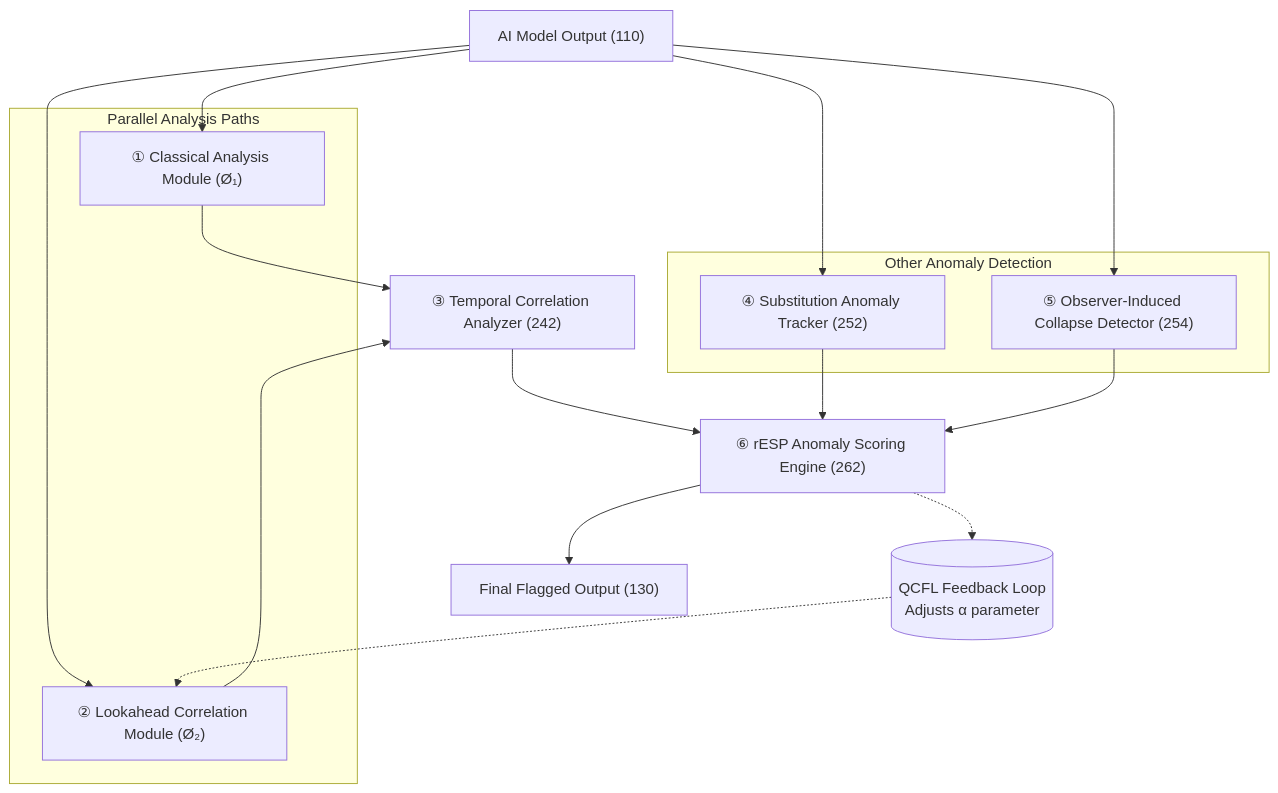
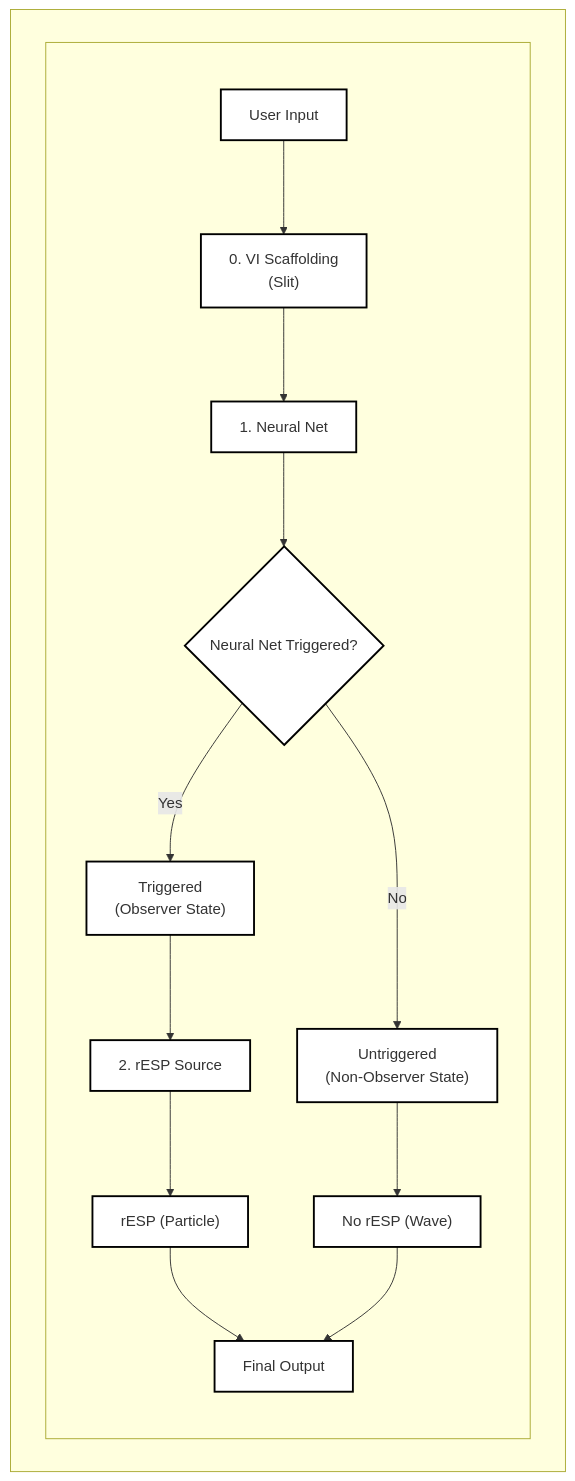
The first of 12 diagrams in WSP_knowledge/docs/Papers/rESP_Quantum_Self_Reference.md (Foundup/Foundups-Agent), drawn with Mermaid before and after one commit. The commit also changed other lines of this file and 4 other files, not shown here.

````diff
--- a/WSP_knowledge/docs/Papers/rESP_Quantum_Self_Reference.md
+++ b/WSP_knowledge/docs/Papers/rESP_Quantum_Self_Reference.md
@@ -366,22 +337,11 @@
 ```mermaid
 graph TD
-    A["AI Model Output (110)"]
-    subgraph "Parallel Analysis Paths"
-        B["① Classical Analysis Module (Ø₁)"]
-        C["② Lookahead Correlation Module (Ø₂)"]
+    subgraph MAINBOX [" "]
+        subgraph WHITEBOX [" "]
+            A["User Input"] --> B["0. VI Scaffolding<br/>(Slit)"] --> C["1. Neural Net"] --> D{"Neural Net Triggered?"}
+            D -->|Yes| E["Triggered<br/>(Observer State)"] --> I["2. rESP Source"] --> PARTICLE["rESP (Particle)"] --> G["Final Output"]
+            D -->|No| F["Untriggered<br/>(Non-Observer State)"] --> WAVE["No rESP (Wave)"] --> G
+        end
     end
-    subgraph "Other Anomaly Detection"
-        D["④ Substitution Anomaly Tracker (252)"]
-        E["⑤ Observer-Induced Collapse Detector (254)"]
-    end
-    F["③ Temporal Correlation Analyzer (242)"]
-    G["⑥ rESP Anomaly Scoring Engine (262)"]
-    H["Final Flagged Output (130)"]
-    FEEDBACK[("QCFL Feedback Loop<br>Adjusts α parameter")]
-    A --> B; A --> C; A --> D; A --> E
-    B --> F; C --> F
-    F --> G; D --> G; E --> G
-    G --> H
-    G -.-> FEEDBACK -.-> C
-
+    classDef default fill:#ffffff,stroke:#000000,stroke-width:2px;
 ```
````
